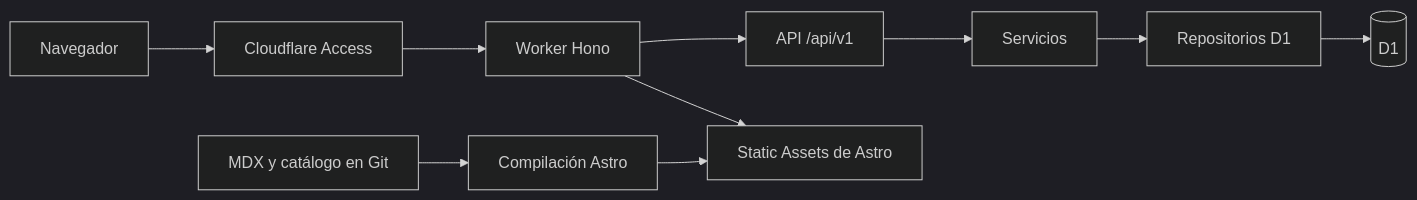
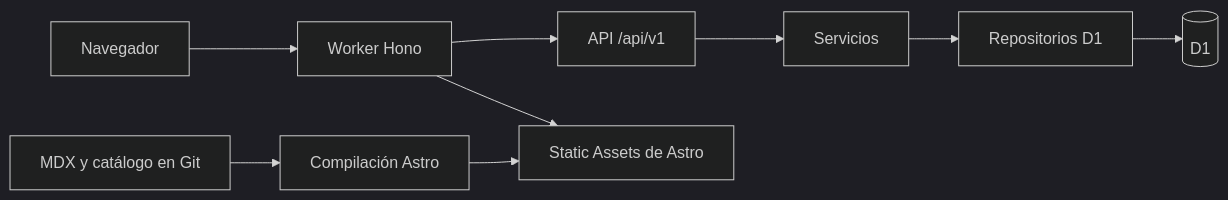
Before and after one commit to MHAlberto/folio: the diagram in docs/ARCHITECTURE.md, drawn with Mermaid (dark theme). The commit also changed other lines of this file and 17 other files, not shown here.

Commit message:
feat: publicar Folio sin Access con progreso por navegador

````diff
--- a/docs/ARCHITECTURE.md
+++ b/docs/ARCHITECTURE.md
@@ -7,12 +7,11 @@
 ```mermaid
 flowchart LR
-  Browser[Navegador] --> Access[Cloudflare Access]
-  Access --> Worker[Worker Hono]
+  Browser[Navegador] --> Worker[Worker Hono]
   Worker --> API[API /api/v1]
   Worker --> Assets[Static Assets de Astro]
   API --> Services[Servicios]
   Services --> Repositories[Repositorios D1]
   Repositories --> D1[(D1)]
   Git[MDX y catálogo en Git] --> Astro[Compilación Astro]
   Astro --> Assets
 ```
````
